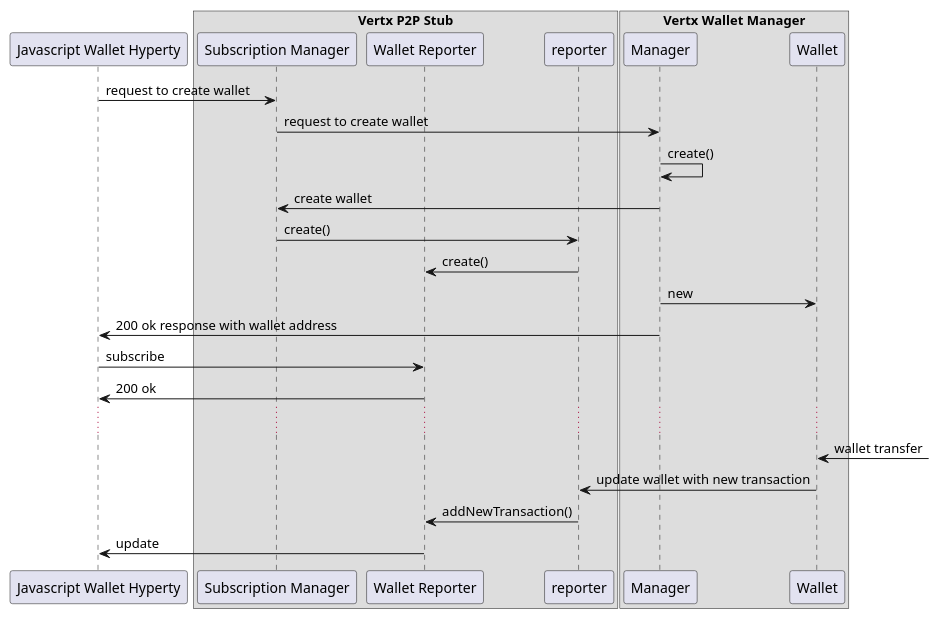
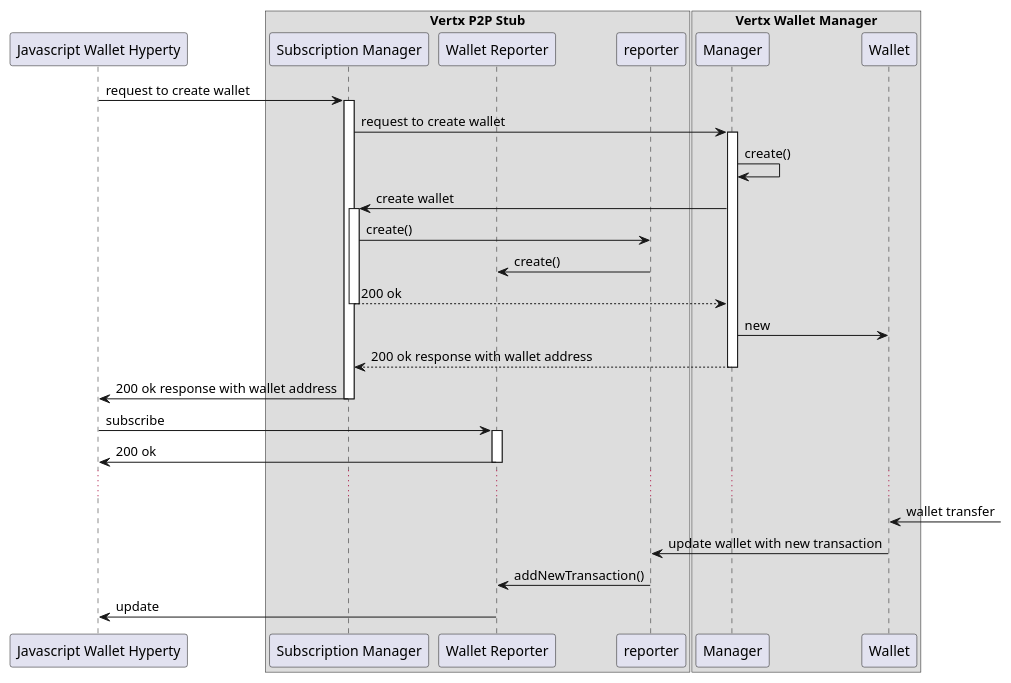
The diagram in docs/wallet-manager/wallet-msc.plantuml (reTHINK-project/dev-java-hyperty), drawn with PlantUML before and after one commit. The commit also changed 1 other file, not shown here.

Commit message:
wallet management data flows spec improved

```diff
--- a/docs/wallet-manager/wallet-msc.plantuml
+++ b/docs/wallet-manager/wallet-msc.plantuml
@@ -1,48 +1,59 @@
 @startuml
 
 participant "Javascript Wallet Hyperty" as walletO
 
 box "Vertx P2P Stub"
   participant "Subscription Manager" as sm
   participant "Wallet Reporter" as walletR
   participant reporter
 end box
 
 box "Vertx Wallet Manager"
   participant "Manager" as man
   participant "Wallet" as wallet
 end box
 
 
 walletO -> sm : request to create wallet
+activate sm
 
 sm -> man : request to create wallet
+activate man
 
 man -> man : create()
 
 man -> sm : create wallet
+activate sm
 
 sm -> reporter : create()
 
 reporter -> walletR : create()
 
+man <-- sm : 200 ok
+
+deactivate sm
 man -> wallet : new
 
-man -> walletO : 200 ok response with wallet address
+sm <-- man : 200 ok response with wallet address
+deactivate man
+
+sm -> walletO : 200 ok response with wallet address
+deactivate sm
 
 walletO -> walletR: subscribe
-
+activate walletR
 
 walletO <- walletR: 200 ok
+deactivate walletR
 
 ...
 
 wallet <- : wallet transfer
 
 wallet -> reporter : update wallet with new transaction
 
 reporter -> walletR : addNewTransaction()
 
 walletR -> walletO : update
 
 @enduml
```
